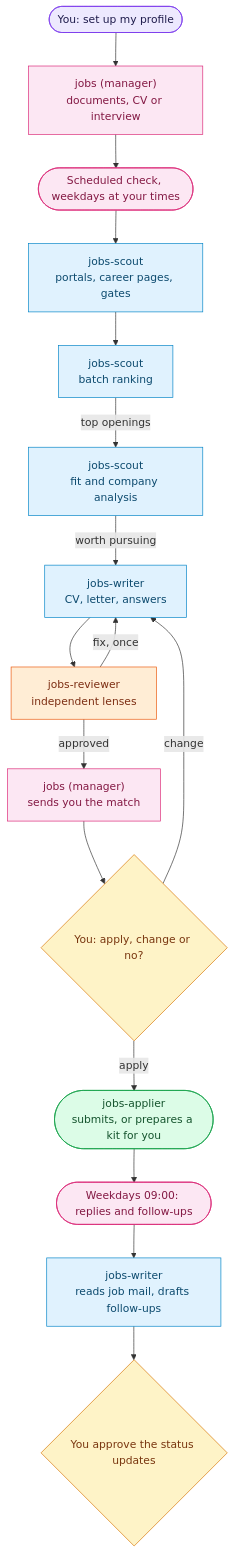
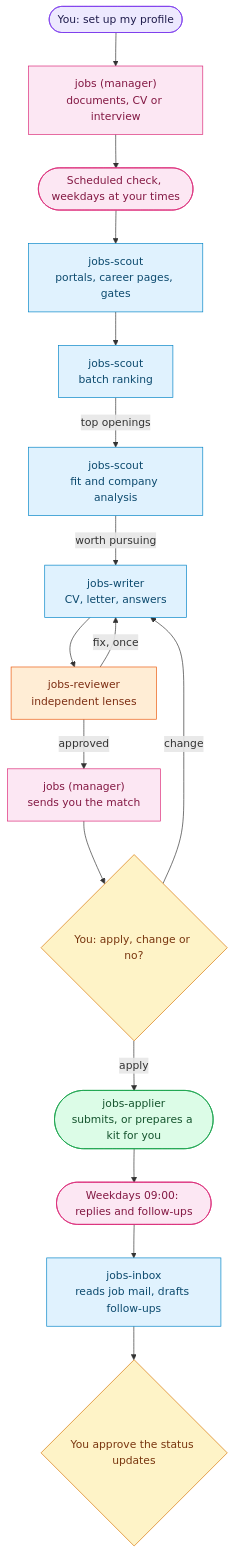
One commit to PuntoyComaTech/hermes-agent-squads changed the diagram in squads/jobs/README.md. Above: the diagram before and after it, drawn with Mermaid. The commit also changed other lines of this file and 97 other files, not shown here.

Commit message:
feat: 2.9.0 shared signed-in browser for squad bots; jobs squad 4.1 with LinkedIn hiring posts, own-profile optimisation, standing auto-apply, jobs-inbox, three HTTP portals

````diff
--- a/squads/jobs/README.md
+++ b/squads/jobs/README.md
@@ -16,26 +16,26 @@
 ```mermaid
 flowchart TD
     U(["You: set up my profile"]):::you
     U --> J["jobs (manager)<br/>documents, CV or interview"]:::lead
     J --> T(["Scheduled check, weekdays at your times"]):::lead
     T --> S["jobs-scout<br/>portals, career pages, gates"]:::bot
     S --> RK["jobs-scout<br/>batch ranking"]:::bot
     RK -->|"top openings"| AN["jobs-scout<br/>fit and company analysis"]:::bot
     AN -->|"worth pursuing"| W["jobs-writer<br/>CV, letter, answers"]:::bot
     W --> R["jobs-reviewer<br/>independent lenses"]:::check
     R -->|"fix, once"| W
     R -->|"approved"| D["jobs (manager)<br/>sends you the match"]:::lead
     D --> A{"You: apply, change or no?"}:::ask
     A -->|"change"| W
     A -->|"apply"| AP(["jobs-applier<br/>submits, or prepares a kit for you"]):::done
     AP --> F(["Weekdays 09:00: replies and follow-ups"]):::lead
-    F --> IN["jobs-writer<br/>reads job mail, drafts follow-ups"]:::bot
+    F --> IN["jobs-inbox<br/>reads job mail, drafts follow-ups"]:::bot
     IN --> J2{"You approve the status updates"}:::ask
 
     classDef you fill:#ede9fe,stroke:#7c3aed,color:#1e1b4b
     classDef lead fill:#fce7f3,stroke:#db2777,color:#831843
     classDef bot fill:#e0f2fe,stroke:#0284c7,color:#0c4a6e
     classDef check fill:#ffedd5,stroke:#ea580c,color:#7c2d12
     classDef ask fill:#fef3c7,stroke:#d97706,color:#78350f
     classDef done fill:#dcfce7,stroke:#16a34a,color:#14532d
 ```
````
